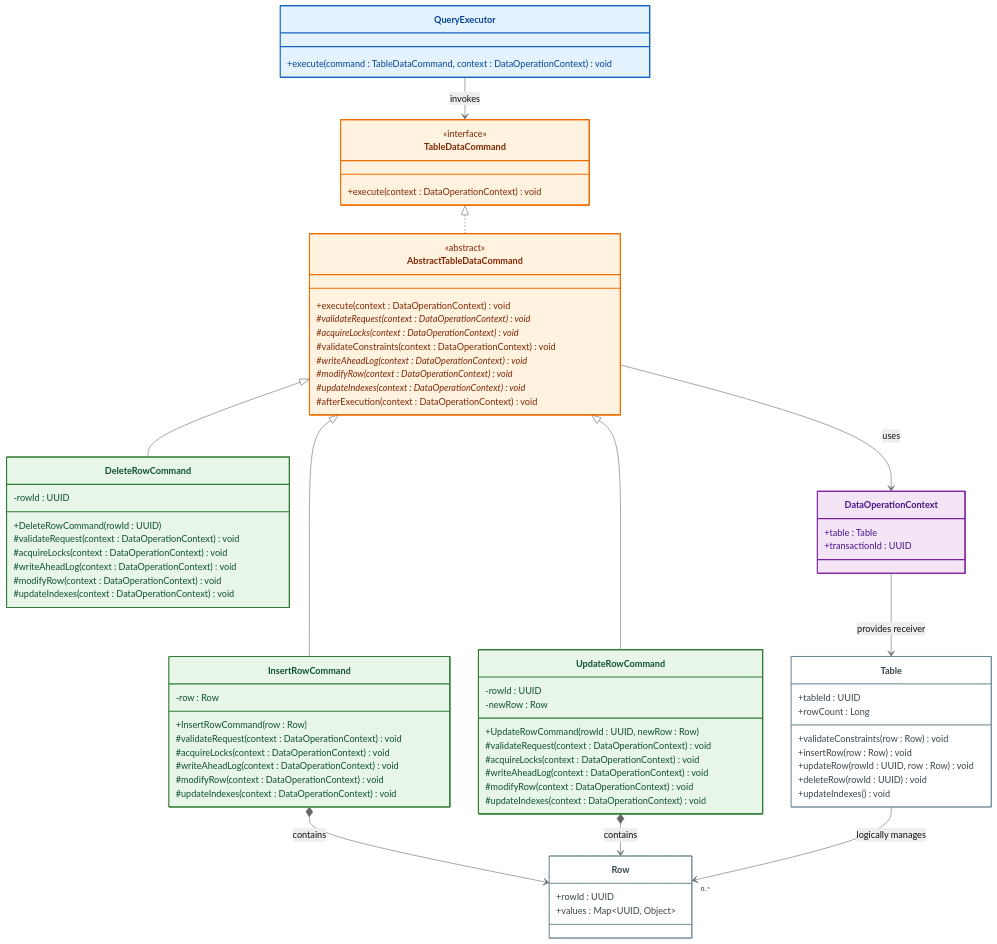
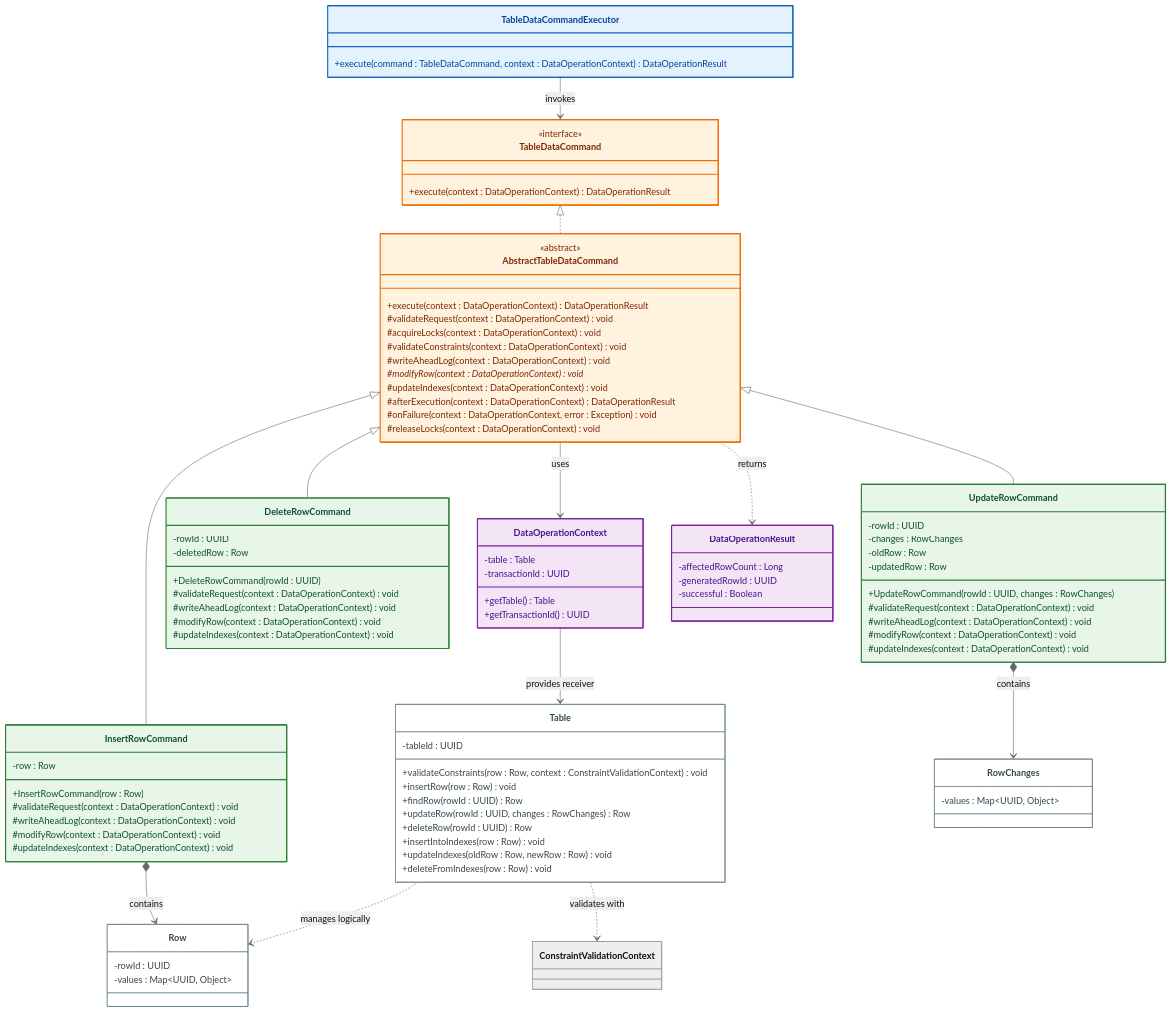
One commit to Huy1801214/dbms-architecture changed diagram 11 of 15 in docs/pattern/README.md. Above: the diagram before and after it, drawn with Mermaid (neutral theme). The commit also changed other lines of this file and 23 other files, not shown here.

Commit message:
implement indexing architecture with support for BTree, Hash, and Bitmap access methods

````diff
--- a/docs/pattern/README.md
+++ b/docs/pattern/README.md
@@ -2517,52 +2827,37 @@
 classDiagram
 direction TB
 
-%% =====================================================
-%% Command Invoker
-%% =====================================================
-
-class QueryExecutor {
-    +execute(command : TableDataCommand, context : DataOperationContext) void
+class TableDataCommandExecutor {
+    +execute(command : TableDataCommand, context : DataOperationContext) DataOperationResult
 }
-
-%% =====================================================
-%% Command Pattern
-%% =====================================================
 
 class TableDataCommand {
     <<interface>>
 
-    +execute(context : DataOperationContext) void
+    +execute(context : DataOperationContext) DataOperationResult
 }
-
-%% =====================================================
-%% Template Method
-%% =====================================================
 
 class AbstractTableDataCommand {
     <<abstract>>
 
-    +execute(context : DataOperationContext) void
+    +execute(context : DataOperationContext) DataOperationResult
 
-    #validateRequest(context : DataOperationContext)* void
-    #acquireLocks(context : DataOperationContext)* void
+    #validateRequest(context : DataOperationContext) void
+    #acquireLocks(context : DataOperationContext) void
     #validateConstraints(context : DataOperationContext) void
-    #writeAheadLog(context : DataOperationContext)* void
+    #writeAheadLog(context : DataOperationContext) void
     #modifyRow(context : DataOperationContext)* void
-    #updateIndexes(context : DataOperationContext)* void
-    #afterExecution(context : DataOperationContext) void
+    #updateIndexes(context : DataOperationContext) void
+    #afterExecution(context : DataOperationContext) DataOperationResult
+    #onFailure(context : DataOperationContext, error : Exception) void
+    #releaseLocks(context : DataOperationContext) void
 }
-
-%% =====================================================
-%% Concrete Commands
-%% =====================================================
 
 class InsertRowCommand {
     -row : Row
 
     +InsertRowCommand(row : Row)
     #validateRequest(context : DataOperationContext) void
-    #acquireLocks(context : DataOperationContext) void
     #writeAheadLog(context : DataOperationContext) void
     #modifyRow(context : DataOperationContext) void
     #updateIndexes(context : DataOperationContext) void
@@ -2570,11 +2865,12 @@
 
 class UpdateRowCommand {
     -rowId : UUID
-    -newRow : Row
+    -changes : RowChanges
+    -oldRow : Row
+    -updatedRow : Row
 
-    +UpdateRowCommand(rowId : UUID, newRow : Row)
+    +UpdateRowCommand(rowId : UUID, changes : RowChanges)
     #validateRequest(context : DataOperationContext) void
-    #acquireLocks(context : DataOperationContext) void
     #writeAheadLog(context : DataOperationContext) void
     #modifyRow(context : DataOperationContext) void
     #updateIndexes(context : DataOperationContext) void
@@ -2582,47 +2878,54 @@
 
 class DeleteRowCommand {
     -rowId : UUID
+    -deletedRow : Row
 
     +DeleteRowCommand(rowId : UUID)
     #validateRequest(context : DataOperationContext) void
-    #acquireLocks(context : DataOperationContext) void
     #writeAheadLog(context : DataOperationContext) void
     #modifyRow(context : DataOperationContext) void
     #updateIndexes(context : DataOperationContext) void
 }
 
-%% =====================================================
-%% Execution Context
-%% =====================================================
+class DataOperationContext {
+    -table : Table
+    -transactionId : UUID
 
-class DataOperationContext {
-    +table : Table
-    +transactionId : UUID
+    +getTable() Table
+    +getTransactionId() UUID
 }
 
-%% =====================================================
-%% Receiver and Data
-%% =====================================================
+class DataOperationResult {
+    -affectedRowCount : Long
+    -generatedRowId : UUID
+    -successful : Boolean
+}
 
 class Table {
-    +tableId : UUID
-    +rowCount : Long
+    -tableId : UUID
 
-    +validateConstraints(row : Row) void
+    +validateConstraints(row : Row, context : ConstraintValidationContext) void
+
     +insertRow(row : Row) void
-    +updateRow(rowId : UUID, row : Row) void
-    +deleteRow(rowId : UUID) void
-    +updateIndexes() void
+    +findRow(rowId : UUID) Row
+    +updateRow(rowId : UUID, changes : RowChanges) Row
+    +deleteRow(rowId : UUID) Row
+
+    +insertIntoIndexes(row : Row) void
+    +updateIndexes(oldRow : Row, newRow : Row) void
+    +deleteFromIndexes(row : Row) void
 }
 
 class Row {
-    +rowId : UUID
-    +values : Map~UUID, Object~
+    -rowId : UUID
+    -values : Map~UUID, Object~
 }
 
-%% =====================================================
-%% Command Relationships
-%% =====================================================
+class RowChanges {
+    -values : Map~UUID, Object~
+}
+
+class ConstraintValidationContext
 
 TableDataCommand <|.. AbstractTableDataCommand
 
@@ -2630,25 +2933,19 @@
 AbstractTableDataCommand <|-- UpdateRowCommand
 AbstractTableDataCommand <|-- DeleteRowCommand
 
-QueryExecutor --> TableDataCommand : invokes
+TableDataCommandExecutor --> TableDataCommand : invokes
 AbstractTableDataCommand --> DataOperationContext : uses
-
-%% =====================================================
-%% Receiver Relationships
-%% =====================================================
+AbstractTableDataCommand ..> DataOperationResult : returns
 
 DataOperationContext --> Table : provides receiver
 
 InsertRowCommand *--> Row : contains
-UpdateRowCommand *--> Row : contains
+UpdateRowCommand *--> RowChanges : contains
 
-Table --> "0..*" Row : logically manages
+Table ..> Row : manages logically
+Table ..> ConstraintValidationContext : validates with
 
-%% =====================================================
-%% Styling
-%% =====================================================
-
-style QueryExecutor fill:#e3f2fd,stroke:#1565c0,stroke-width:2px,color:#084298
+style TableDataCommandExecutor fill:#e3f2fd,stroke:#1565c0,stroke-width:2px,color:#084298
 
 style TableDataCommand fill:#fff3e0,stroke:#ef6c00,stroke-width:2px,color:#7f2704
 style AbstractTableDataCommand fill:#fff3e0,stroke:#ef6c00,stroke-width:2px,color:#7f2704
@@ -2658,7 +2955,9 @@
 style DeleteRowCommand fill:#e8f5e9,stroke:#2e7d32,stroke-width:2px,color:#0f5132
 
 style DataOperationContext fill:#f3e5f5,stroke:#7b1fa2,stroke-width:2px,color:#4a148c
+style DataOperationResult fill:#f3e5f5,stroke:#7b1fa2,stroke-width:2px,color:#4a148c
 
 style Table fill:#ffffff,stroke:#607d8b,stroke-width:1px,color:#37474f
 style Row fill:#ffffff,stroke:#607d8b,stroke-width:1px,color:#37474f
+style RowChanges fill:#ffffff,stroke:#607d8b,stroke-width:1px,color:#37474f
 ```
````
